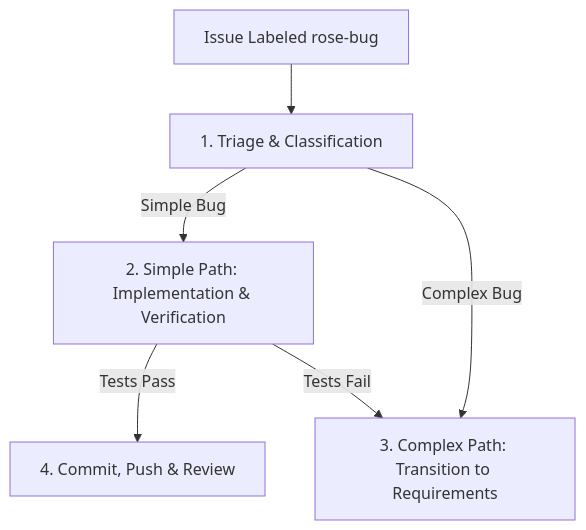
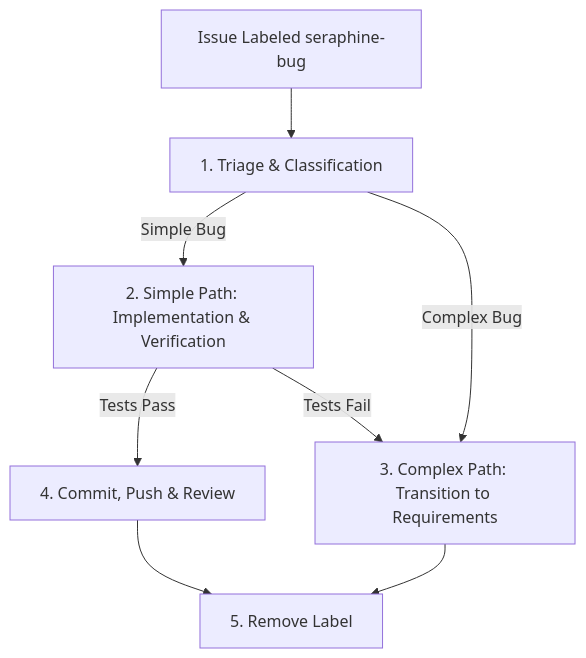
The diagram in .agent/workflows/seraphine-bug.md (brotherlogic/rose), drawn with Mermaid before and after one commit. The commit also changed other lines of this file and 6 other files, not shown here.

````diff
--- a/.agent/workflows/seraphine-bug.md
+++ b/.agent/workflows/seraphine-bug.md
@@ -7,8 +7,10 @@
 ```mermaid
 graph TD
-    A[Issue Labeled rose-bug] --> B[1. Triage & Classification]
+    A[Issue Labeled seraphine-bug] --> B[1. Triage & Classification]
     B -->|Simple Bug| C[2. Simple Path: Implementation & Verification]
     B -->|Complex Bug| D[3. Complex Path: Transition to Requirements]
     C -->|Tests Pass| E[4. Commit, Push & Review]
     C -->|Tests Fail| D
+    E --> F[5. Remove Label]
+    D --> F
 ```
````
